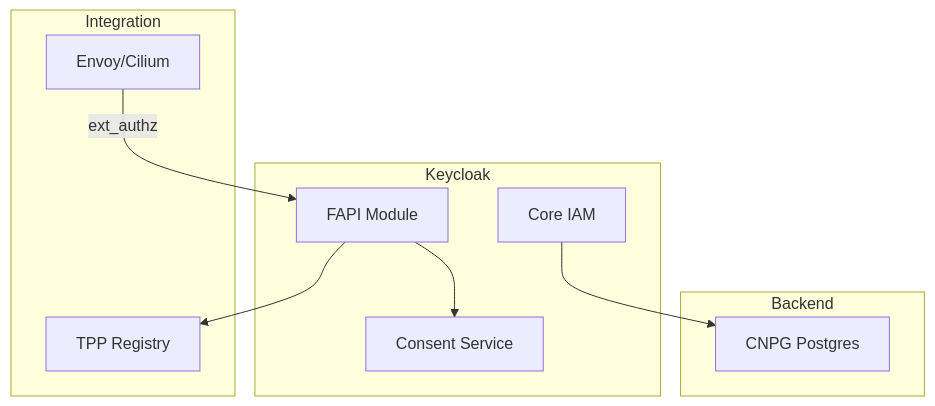
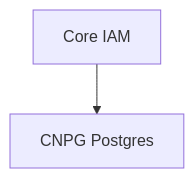
Before and after one commit to openova-io/openova: the diagram in platform/keycloak/README.md, drawn with Mermaid. The commit also changed other lines of this file and 1 other file, not shown here.

First line of the commit message:
docs(keycloak): remove the unbacked open-banking claims from the README (PRD-010)

````diff
--- a/platform/keycloak/README.md
+++ b/platform/keycloak/README.md
@@ -28,22 +24,4 @@
 ```mermaid
 flowchart TB
-    subgraph Keycloak["Keycloak"]
-        Core[Core IAM]
-        FAPI[FAPI Module]
-        Consent[Consent Service]
-    end
-
-    subgraph Backend["Backend"]
-        CNPG[CNPG Postgres]
-    end
-
-    subgraph Integration["Integration"]
-        Envoy[Envoy/Cilium]
-        TPP[TPP Registry]
-    end
-
-    Envoy -->|"ext_authz"| FAPI
-    FAPI --> Consent
-    Core --> CNPG
-    FAPI --> TPP
+    Core[Core IAM] --> CNPG[CNPG Postgres]
 ```
````
